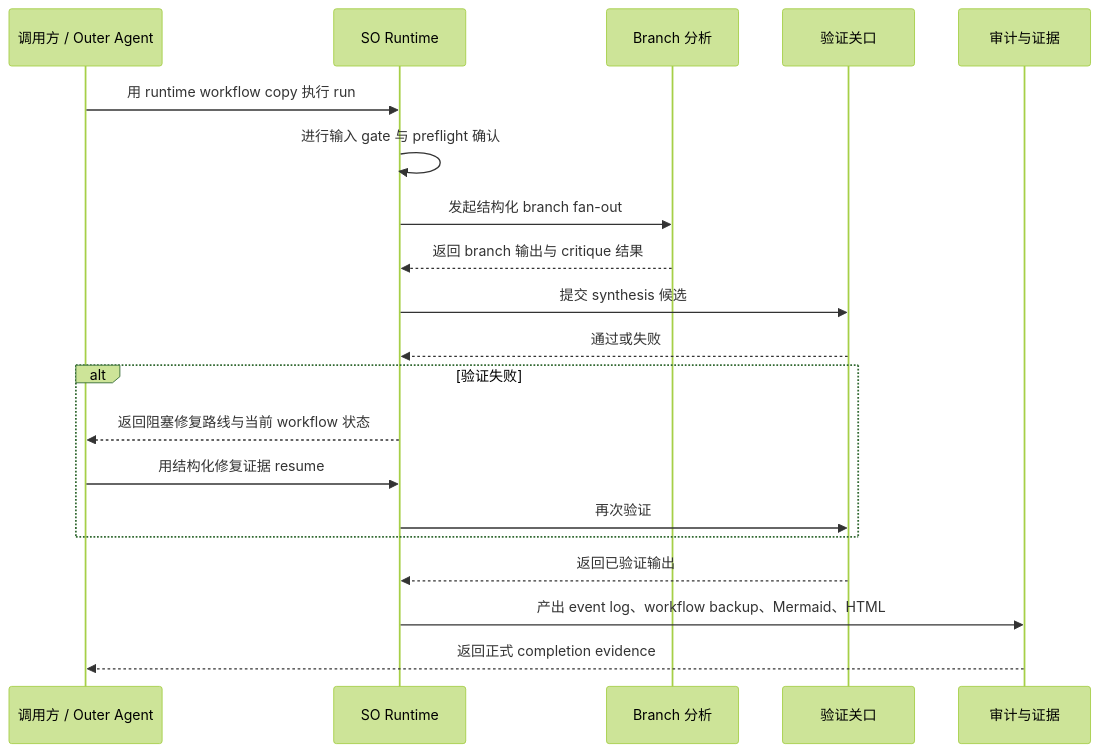
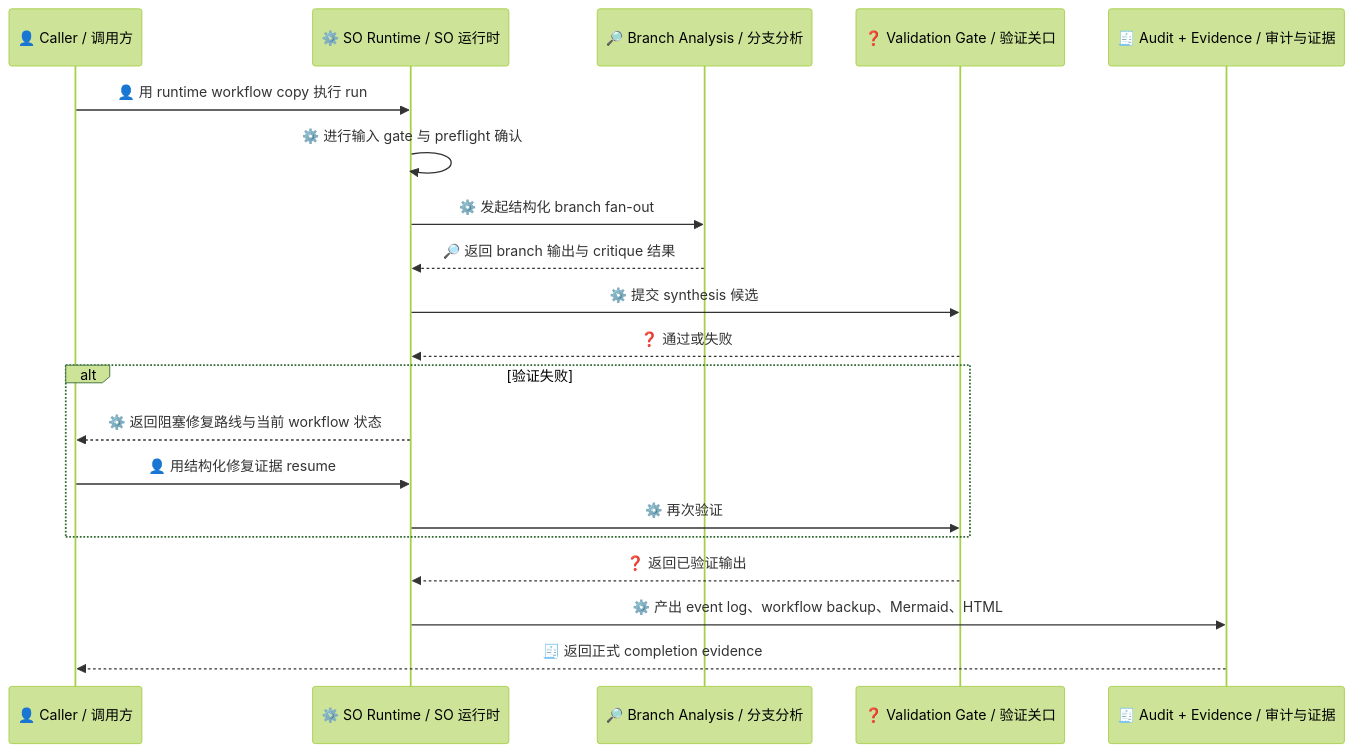
One commit to waynebaby/Techne-Loom changed the second of 2 diagrams in docs/zh-cn/examples/so-enhanced-skill-run.md. Above: the diagram before and after it, drawn with Mermaid (forest theme). The commit also changed other lines of this file and 19 other files, not shown here.

Commit message:
Standardize Mermaid accessibility across docs

````diff
--- a/docs/zh-cn/examples/so-enhanced-skill-run.md
+++ b/docs/zh-cn/examples/so-enhanced-skill-run.md
@@ -57,23 +75,23 @@
 ```mermaid
 sequenceDiagram
-    participant Caller as 调用方 / Outer Agent
-    participant SO as SO Runtime
-    participant Branches as Branch 分析
-    participant Validator as 验证关口
-    participant Audit as 审计与证据
+    participant Caller as 👤 Caller / 调用方
+    participant SO as ⚙️ SO Runtime / SO 运行时
+    participant Branches as 🔎 Branch Analysis / 分支分析
+    participant Validator as ❓ Validation Gate / 验证关口
+    participant Audit as 🧾 Audit + Evidence / 审计与证据
 
-    Caller->>SO: 用 runtime workflow copy 执行 run
-    SO->>SO: 进行输入 gate 与 preflight 确认
-    SO->>Branches: 发起结构化 branch fan-out
-    Branches-->>SO: 返回 branch 输出与 critique 结果
-    SO->>Validator: 提交 synthesis 候选
-    Validator-->>SO: 通过或失败
+    Caller->>SO: 👤 用 runtime workflow copy 执行 run
+    SO->>SO: ⚙️ 进行输入 gate 与 preflight 确认
+    SO->>Branches: ⚙️ 发起结构化 branch fan-out
+    Branches-->>SO: 🔎 返回 branch 输出与 critique 结果
+    SO->>Validator: ⚙️ 提交 synthesis 候选
+    Validator-->>SO: ❓ 通过或失败
     alt 验证失败
-        SO-->>Caller: 返回阻塞修复路线与当前 workflow 状态
-        Caller->>SO: 用结构化修复证据 resume
-        SO->>Validator: 再次验证
+        SO-->>Caller: ⚙️ 返回阻塞修复路线与当前 workflow 状态
+        Caller->>SO: 👤 用结构化修复证据 resume
+        SO->>Validator: ⚙️ 再次验证
     end
-    Validator-->>SO: 返回已验证输出
-    SO->>Audit: 产出 event log、workflow backup、Mermaid、HTML
-    Audit-->>Caller: 返回正式 completion evidence
+    Validator-->>SO: ❓ 返回已验证输出
+    SO->>Audit: ⚙️ 产出 event log、workflow backup、Mermaid、HTML
+    Audit-->>Caller: 🧾 返回正式 completion evidence
 ```
````
